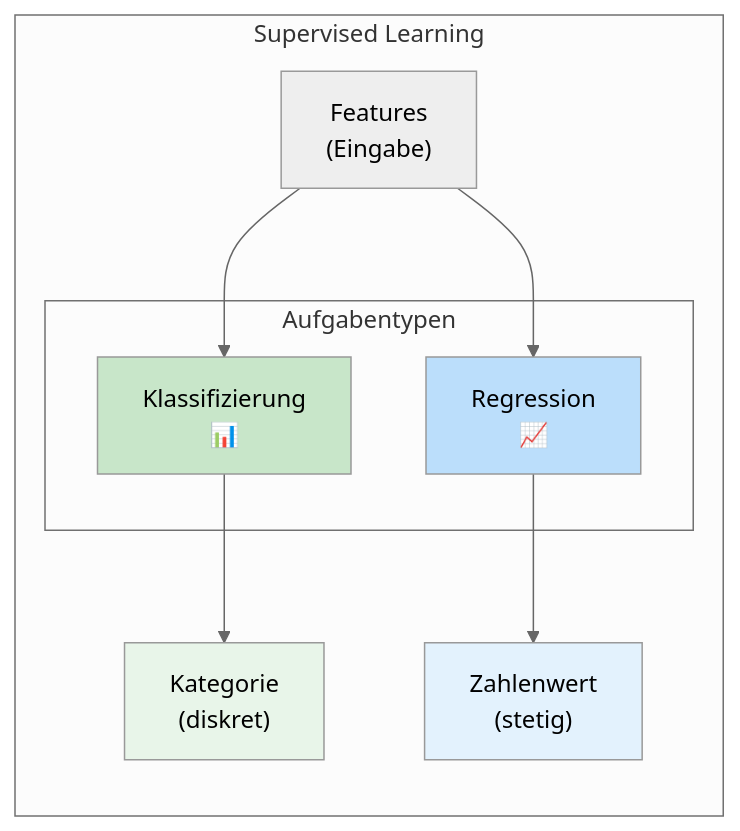
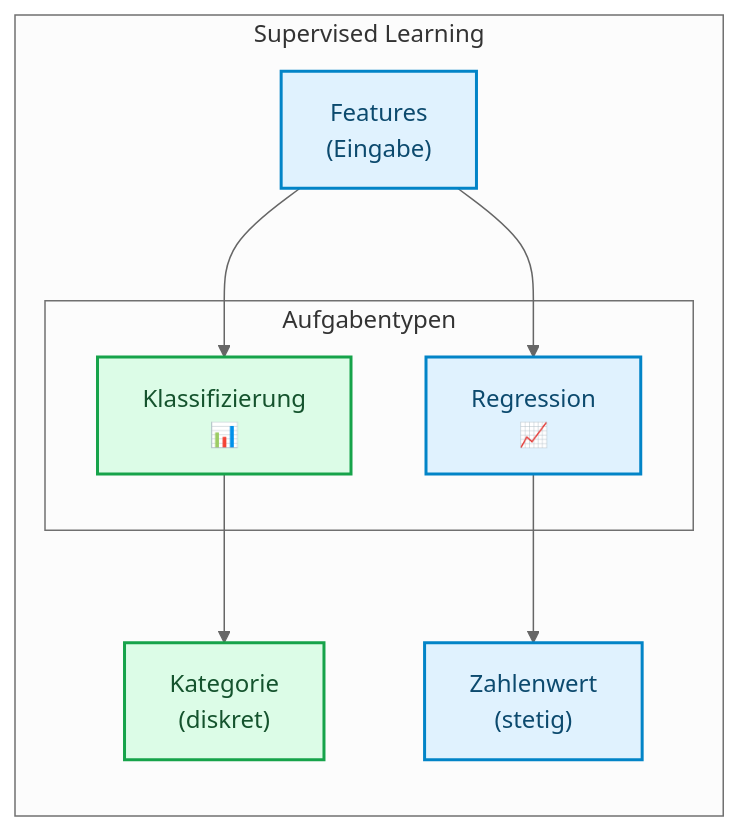
One commit to ralf-42/ML_Intro changed the sixth of 14 diagrams in docs/concepts/grundlagen/machine_learning_grundlagen.md. Above: the diagram before and after it, drawn with Mermaid (neutral theme). The commit also changed other lines of this file and 67 other files, not shown here.

````diff
--- a/docs/concepts/grundlagen/machine_learning_grundlagen.md
+++ b/docs/concepts/grundlagen/machine_learning_grundlagen.md
@@ -234,25 +238,24 @@
 ```mermaid
 flowchart LR
     subgraph SL["Supervised Learning"]
         direction TB
         IN["Features<br/>(Eingabe)"]
         
         subgraph tasks["Aufgabentypen"]
             CL["Klassifizierung<br/>📊"]
             RG["Regression<br/>📈"]
         end
         
         OUT_CL["Kategorie<br/>(diskret)"]
         OUT_RG["Zahlenwert<br/>(stetig)"]
         
         IN --> CL
         IN --> RG
         CL --> OUT_CL
         RG --> OUT_RG
     end
-    
-    style CL fill:#c8e6c9
-    style RG fill:#bbdefb
-    style OUT_CL fill:#e8f5e9
-    style OUT_RG fill:#e3f2fd
+
+    classDef default fill:#e0f2fe,stroke:#0284c7,stroke-width:2px,color:#0c4a6e;
+    classDef output fill:#dcfce7,stroke:#16a34a,stroke-width:2px,color:#14532d;
+    class CL,OUT_CL output;
 ```
````
